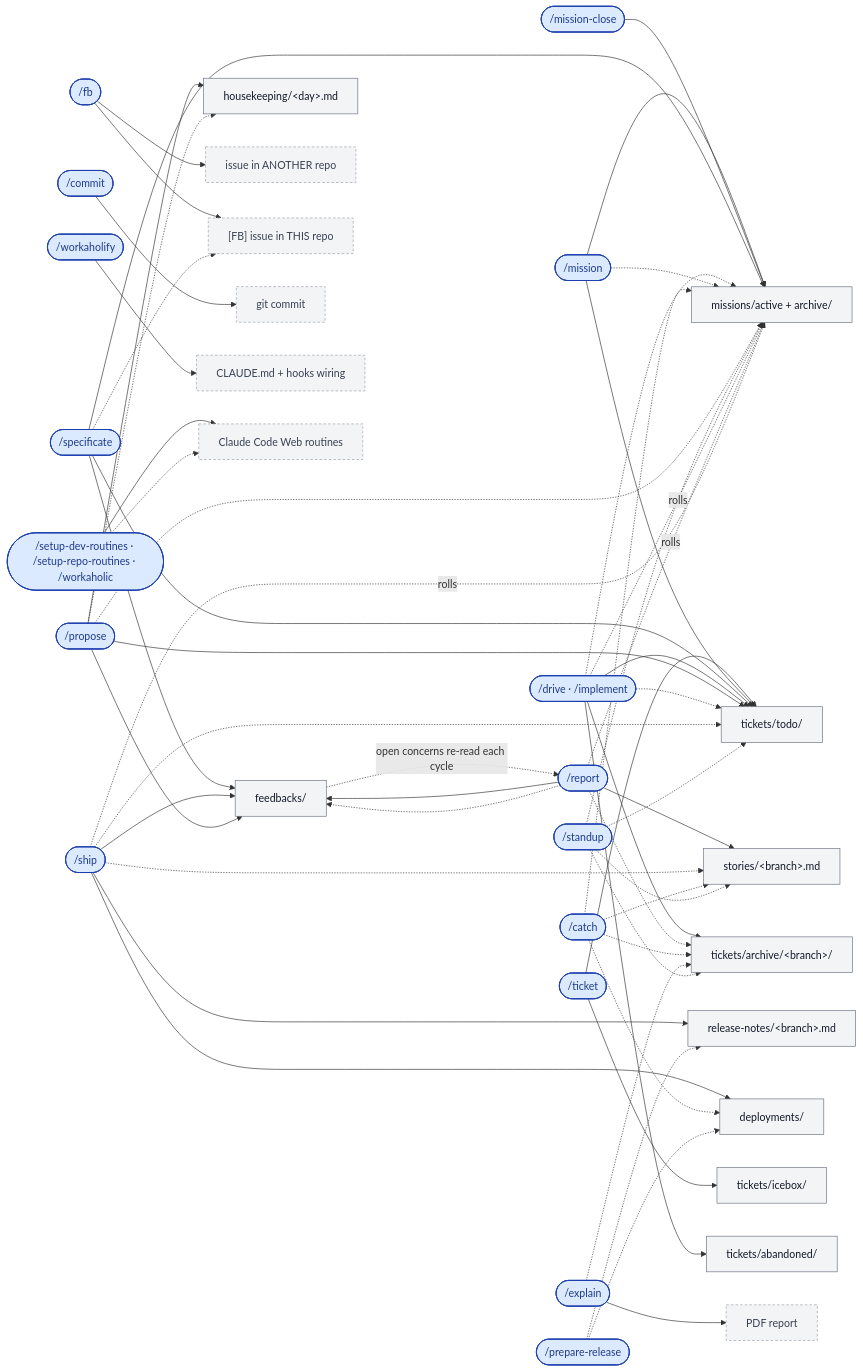
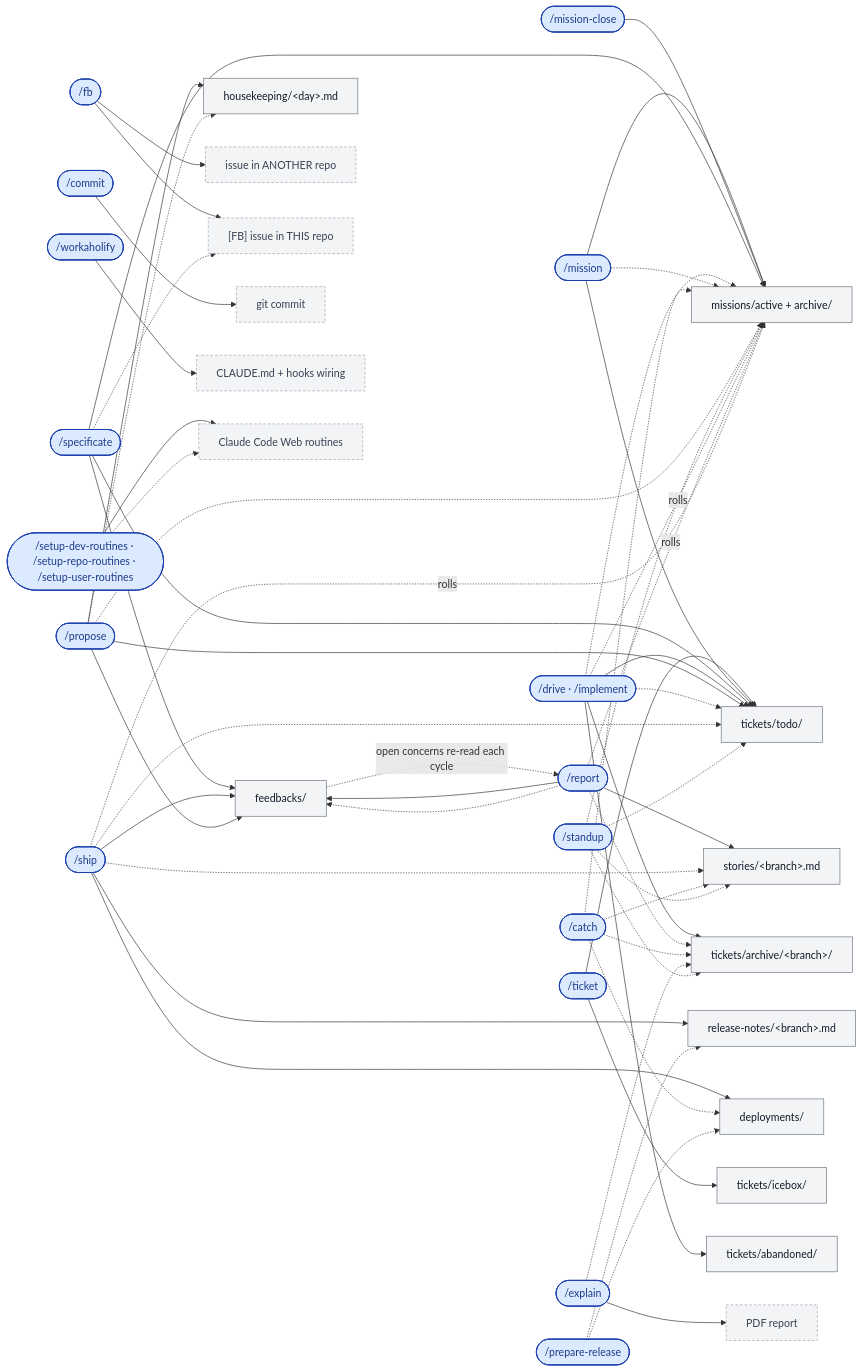
The fourth of 5 diagrams in README.md (qmu/workaholic), drawn with Mermaid before and after one commit. The commit also changed other lines of this file and 7 other files, not shown here.

```diff
--- a/README.md
+++ b/README.md
@@ -318,7 +318,7 @@
   commit(["/commit"])
   explain(["/explain"])
   workaholify(["/workaholify"])
-  setuproutines(["/setup-dev-routines · /setup-repo-routines · /workaholic"])
+  setuproutines(["/setup-dev-routines · /setup-repo-routines · /setup-user-routines"])
   releasestatus(["/prepare-release"])
   standup(["/standup"])
   propose(["/propose"])
```
